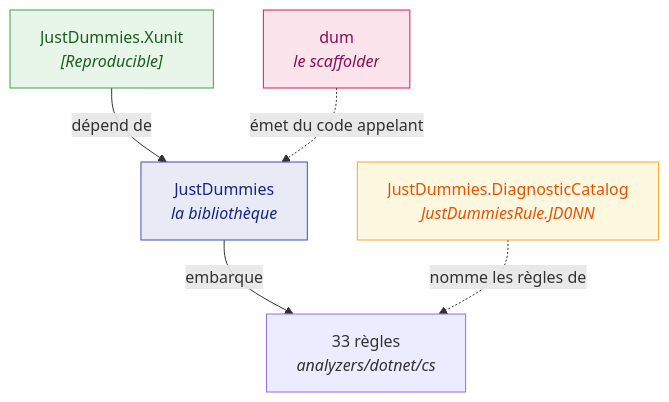
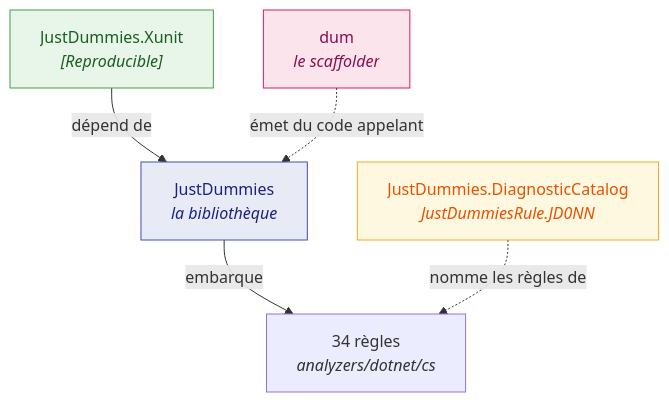
One commit to Reefact/just-dummies changed the diagram in doc/handwritten/for-users/packages/README.fr.md. Above: the diagram before and after it, drawn with Mermaid. The commit also changed other lines of this file and 53 other files, not shown here.

````diff
--- a/doc/handwritten/for-users/packages/README.fr.md
+++ b/doc/handwritten/for-users/packages/README.fr.md
@@ -19,14 +19,14 @@
 ```mermaid
 flowchart TD
     accTitle: Comment les quatre paquets s'articulent
-    accDescr: JustDummies, la bibliothèque, embarque les 33 règles sous analyzers/dotnet/cs. JustDummies.Xunit dépend de la bibliothèque. JustDummies.DiagnosticCatalog nomme ces règles sans en dépendre, et dum, le scaffolder, émet du code appelant la bibliothèque.
-    L["JustDummies<br/><i>la bibliothèque</i>"] -->|"embarque"| A["33 règles<br/><i>analyzers/dotnet/cs</i>"]
+    accDescr: JustDummies, la bibliothèque, embarque les 34 règles sous analyzers/dotnet/cs. JustDummies.Xunit dépend de la bibliothèque. JustDummies.DiagnosticCatalog nomme ces règles sans en dépendre, et dum, le scaffolder, émet du code appelant la bibliothèque.
+    L["JustDummies<br/><i>la bibliothèque</i>"] -->|"embarque"| A["34 règles<br/><i>analyzers/dotnet/cs</i>"]
     X["JustDummies.Xunit<br/><i>[Reproducible]</i>"] -->|"dépend de"| L
     C["JustDummies.DiagnosticCatalog<br/><i>JustDummiesRule.JD0NN</i>"]
     C -.->|"nomme les règles de"| A
     D["dum<br/><i>le scaffolder</i>"] -.->|"émet du code appelant"| L
     style L fill:#e8eaf6,stroke:#3f51b5,color:#1a237e
     style X fill:#e8f5e9,stroke:#43a047,color:#1b5e20
     style C fill:#fff8e1,stroke:#f9a825,color:#e65100
     style D fill:#fce4ec,stroke:#d81b60,color:#880e4f
 ```
````
